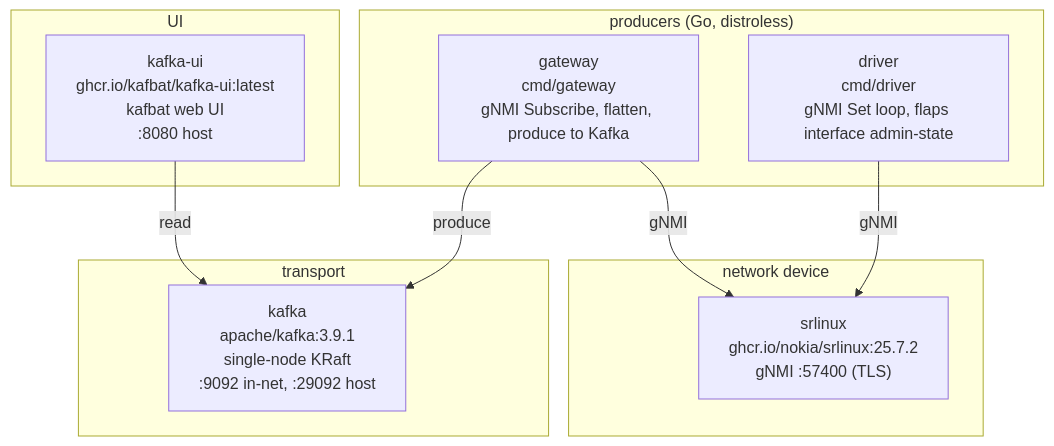
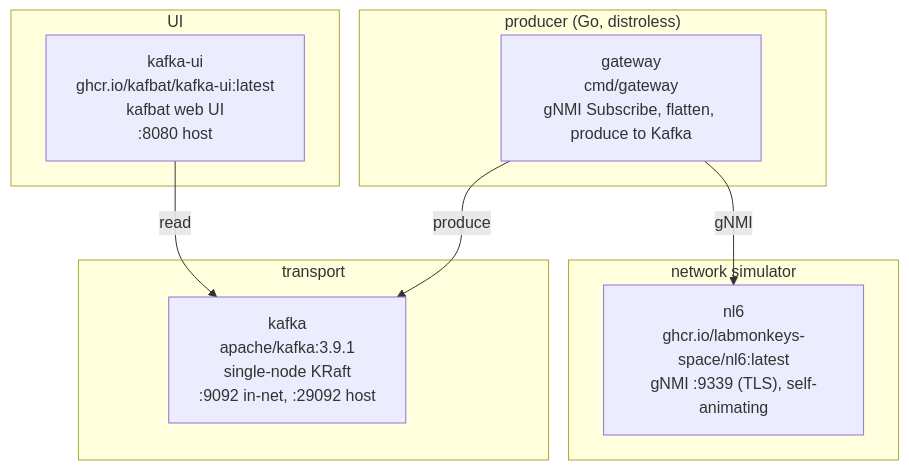
Before and after one commit to indigo423/gnmi-kafka-producer: the second of 2 diagrams in README.md, drawn with Mermaid. The commit also changed other lines of this file and 11 other files, not shown here.

````diff
--- a/README.md
+++ b/README.md
@@ -27,24 +23,22 @@
 ```mermaid
 flowchart TB
-    subgraph network["network device"]
-        SR["srlinux<br/>ghcr.io/nokia/srlinux:25.7.2<br/>gNMI :57400 (TLS)"]
+    subgraph sim["network simulator"]
+        NL6["nl6<br/>ghcr.io/labmonkeys-space/nl6:latest<br/>gNMI :9339 (TLS), self-animating"]
     end
 
-    subgraph producers["producers (Go, distroless)"]
+    subgraph producer["producer (Go, distroless)"]
         GW["gateway<br/>cmd/gateway<br/>gNMI Subscribe, flatten, produce to Kafka"]
-        DR["driver<br/>cmd/driver<br/>gNMI Set loop, flaps interface admin-state"]
     end
 
     subgraph transport["transport"]
         K["kafka<br/>apache/kafka:3.9.1<br/>single-node KRaft<br/>:9092 in-net, :29092 host"]
     end
 
     subgraph ui["UI"]
         UI["kafka-ui<br/>ghcr.io/kafbat/kafka-ui:latest<br/>kafbat web UI<br/>:8080 host"]
     end
 
-    GW -- gNMI --> SR
-    DR -- gNMI --> SR
+    GW -- gNMI --> NL6
     GW -- produce --> K
     UI -- read --> K
 ```
````
